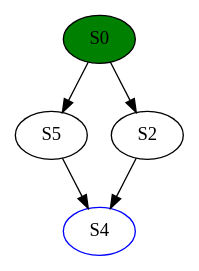
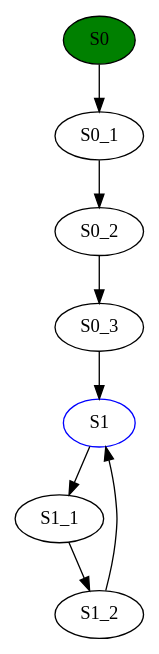
The diagram in dotsource.dot (Issamoh/Automata-operations), drawn with Graphviz before and after one commit. The commit also changed 5 other files, not shown here.

```diff
--- a/dotsource.dot
+++ b/dotsource.dot
@@ -1,8 +1,11 @@
 digraph G {
-S4 [color=blue];
+S1 [color=blue];
 S0 [style=filled, fillcolor=green];
-S5 -> S4;
-S0 -> S5;
-S0 -> S2;
-S2 -> S4;
+S0_3 -> S1;
+S1_2 -> S1;
+S0_1 -> S0_2;
+S0_2 -> S0_3;
+S1_1 -> S1_2;
+S0 -> S0_1;
+S1 -> S1_1;
 }
```
